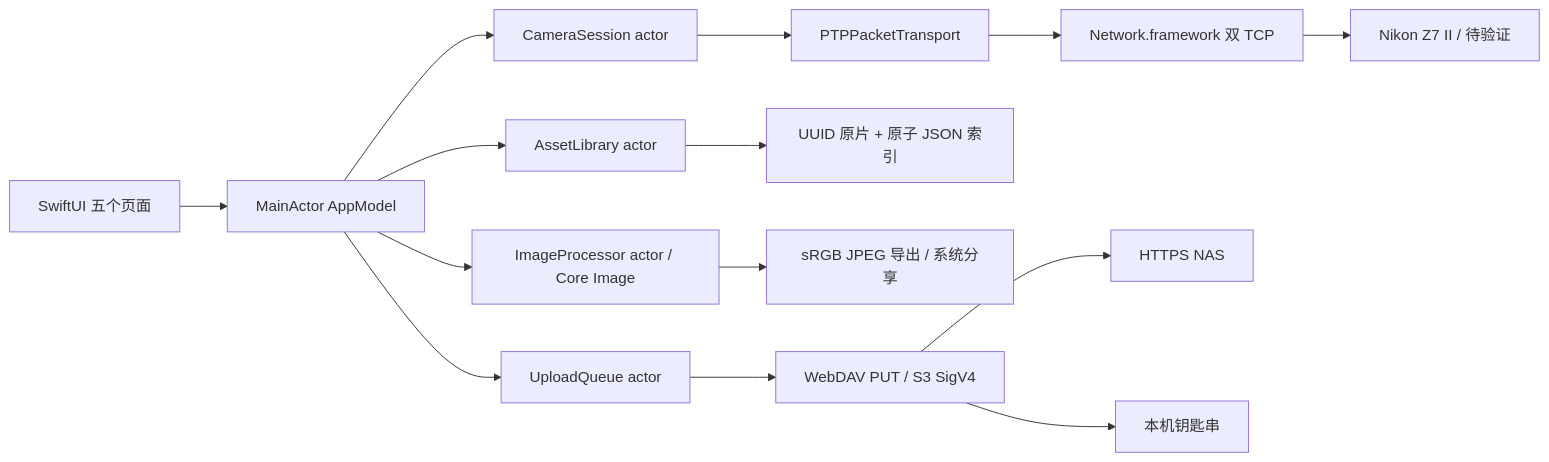
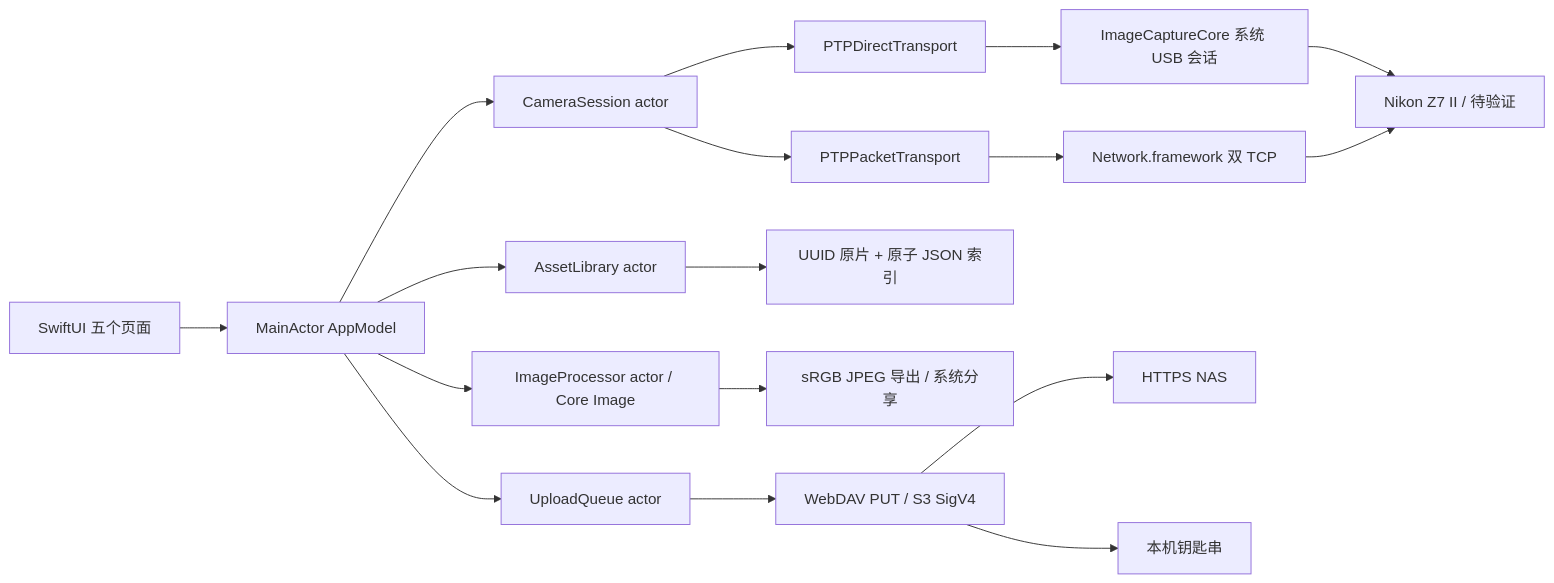
The second of 3 diagrams in Docs/ARCHITECTURE.md (lbh5240/PhotoLocationMap-source-for-github), drawn with Mermaid before and after one commit. The commit also changed other lines of this file and 12 other files, not shown here.

````diff
--- a/Docs/ARCHITECTURE.md
+++ b/Docs/ARCHITECTURE.md
@@ -11,16 +29,19 @@
 ```mermaid
 flowchart LR
     UI[SwiftUI 五个页面] --> Model[MainActor AppModel]
     Model --> Session[CameraSession actor]
     Session --> Transport[PTPPacketTransport]
+    Session --> Direct[PTPDirectTransport]
+    Direct --> USB[ImageCaptureCore 系统 USB 会话]
+    USB --> Camera
     Transport --> TCP[Network.framework 双 TCP]
     TCP --> Camera[Nikon Z7 II / 待验证]
     Model --> Library[AssetLibrary actor]
     Library --> Originals[UUID 原片 + 原子 JSON 索引]
     Model --> Image[ImageProcessor actor / Core Image]
     Image --> Export[sRGB JPEG 导出 / 系统分享]
     Model --> Queue[UploadQueue actor]
     Queue --> HTTP[WebDAV PUT / S3 SigV4]
     HTTP --> NAS[HTTPS NAS]
     HTTP --> Keychain[本机钥匙串]
 ```
````
